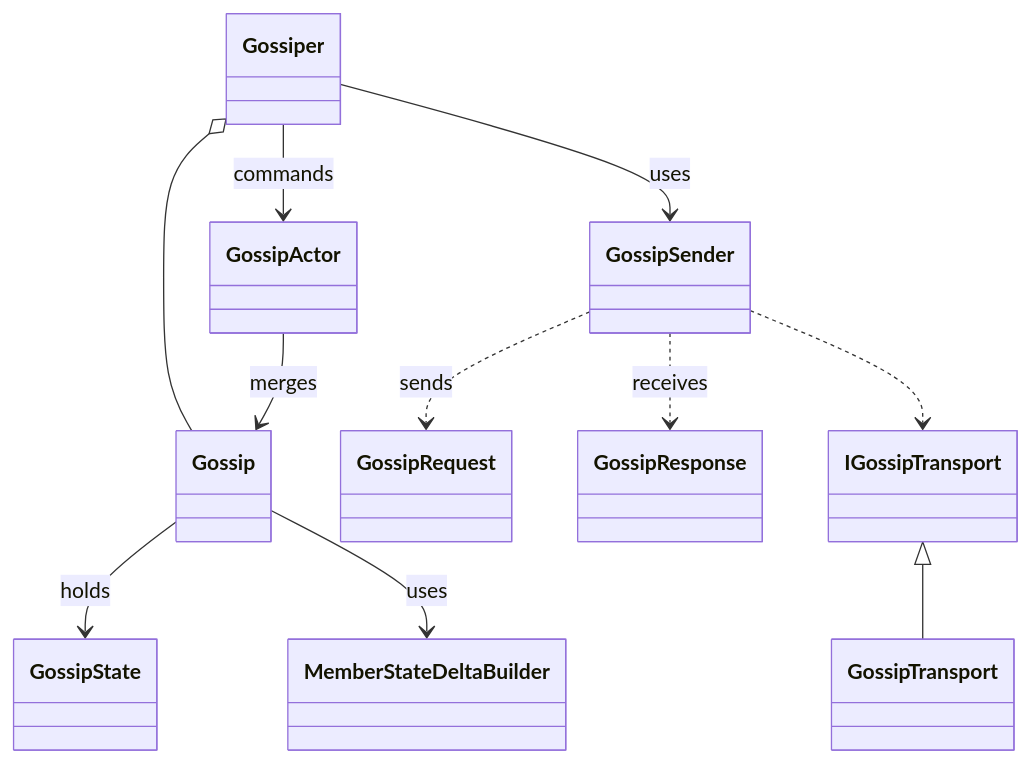
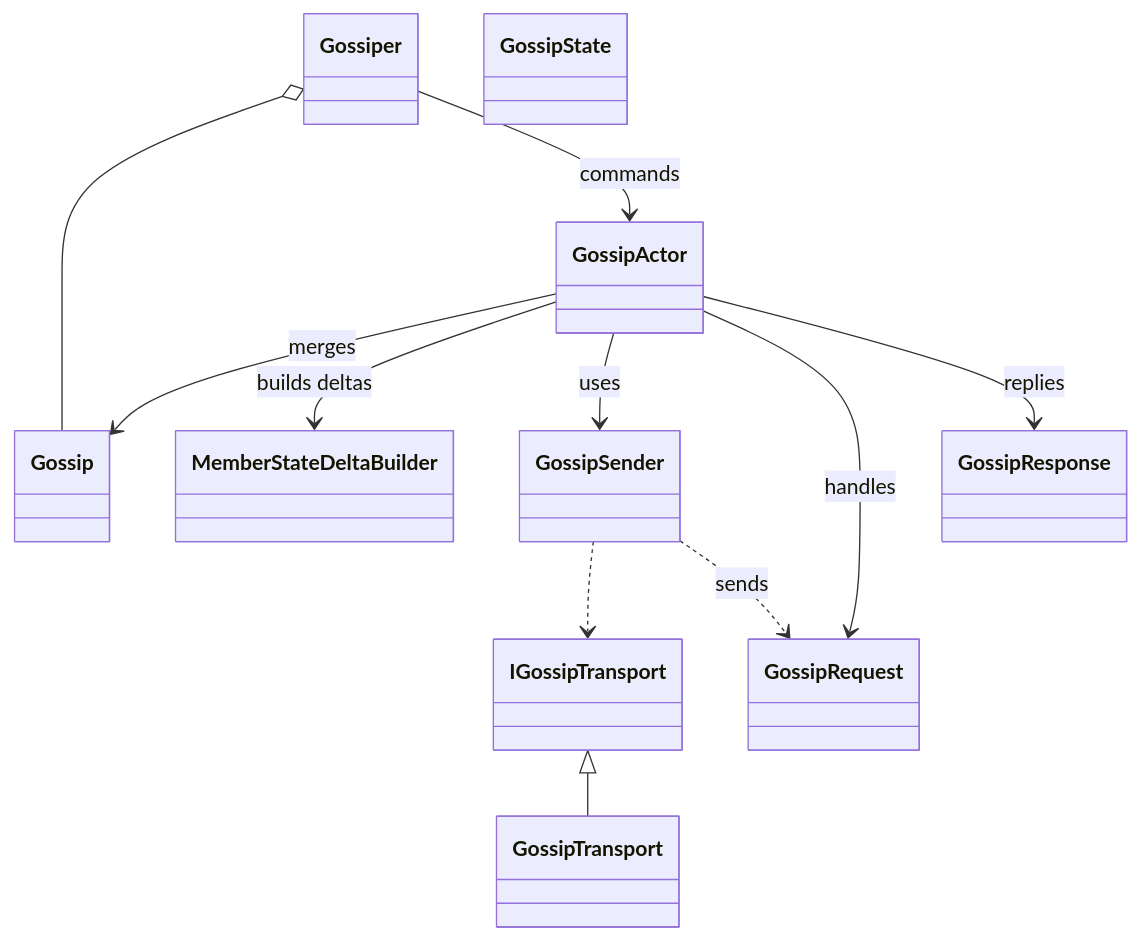
One commit to asynkron/protoactor-dotnet changed the second of 6 diagrams in CLUSTER_MEMBERSHIP_GOSSIP.md. Above: the diagram before and after it, drawn with Mermaid. The commit also changed other lines of this file and 1 other file, not shown here.

Commit message:
docs: clarify gossip membership flow (#2374)

````diff
--- a/CLUSTER_MEMBERSHIP_GOSSIP.md
+++ b/CLUSTER_MEMBERSHIP_GOSSIP.md
@@ -38,23 +38,23 @@
 ```mermaid
 classDiagram
     class Gossiper
     class GossipActor
     class Gossip
     class GossipState
     class MemberStateDeltaBuilder
     class GossipSender
     class GossipRequest
     class GossipResponse
     class IGossipTransport
     class GossipTransport
     Gossiper o-- Gossip
     Gossiper --> GossipActor : commands
-    Gossiper --> GossipSender : uses
     GossipActor --> Gossip : merges
-    Gossip --> GossipState : holds
-    Gossip --> MemberStateDeltaBuilder : uses
-    GossipSender ..> GossipRequest : sends
-    GossipSender ..> GossipResponse : receives
+    GossipActor --> MemberStateDeltaBuilder : builds deltas
+    GossipActor --> GossipSender : uses
     GossipSender ..> IGossipTransport
     IGossipTransport <|-- GossipTransport
+    GossipSender ..> GossipRequest : sends
+    GossipActor --> GossipRequest : handles
+    GossipActor --> GossipResponse : replies
 ```
````
